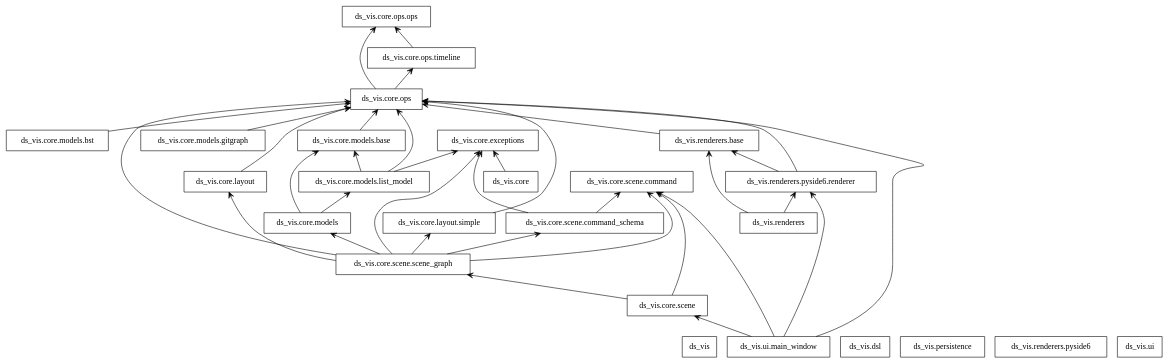
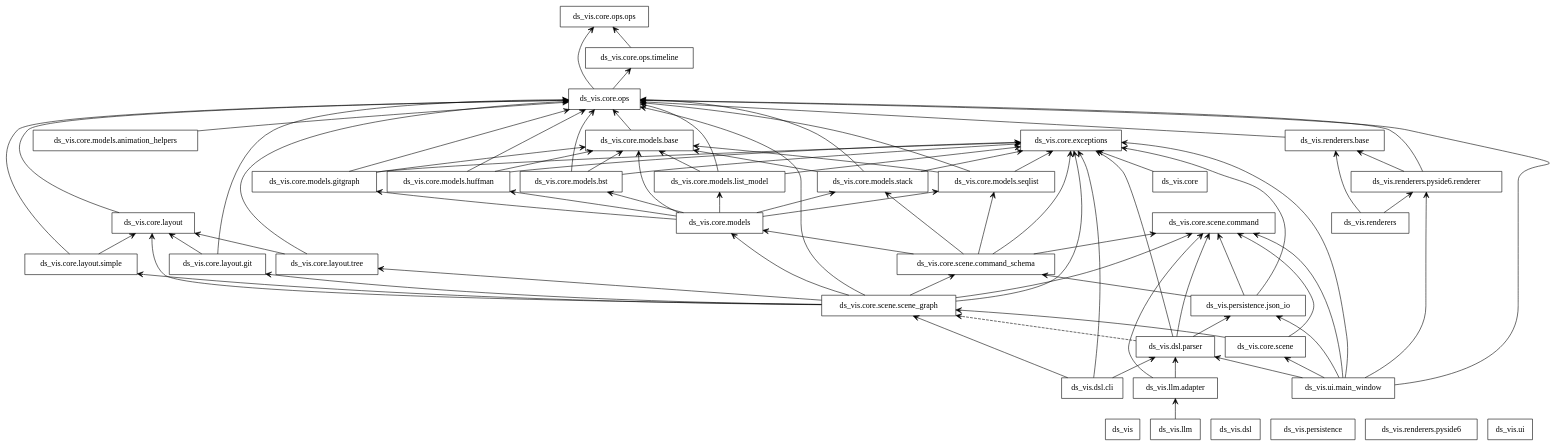
Before and after one commit to elecdot/ds-vis: the diagram in docs/diagrams/uml/packages_ds_vis.dot, drawn with Graphviz. The commit also changed 31 other files, not shown here.

```diff
--- a/docs/diagrams/uml/packages_ds_vis.dot
+++ b/docs/diagrams/uml/packages_ds_vis.dot
@@ -1,63 +1,119 @@
 digraph "packages_ds_vis" {
 rankdir=BT
 charset="utf-8"
 "ds_vis" [color="black", label=<ds_vis>, shape="box", style="solid"];
 "ds_vis.core" [color="black", label=<ds_vis.core>, shape="box", style="solid"];
 "ds_vis.core.exceptions" [color="black", label=<ds_vis.core.exceptions>, shape="box", style="solid"];
 "ds_vis.core.layout" [color="black", label=<ds_vis.core.layout>, shape="box", style="solid"];
+"ds_vis.core.layout.git" [color="black", label=<ds_vis.core.layout.git>, shape="box", style="solid"];
 "ds_vis.core.layout.simple" [color="black", label=<ds_vis.core.layout.simple>, shape="box", style="solid"];
+"ds_vis.core.layout.tree" [color="black", label=<ds_vis.core.layout.tree>, shape="box", style="solid"];
 "ds_vis.core.models" [color="black", label=<ds_vis.core.models>, shape="box", style="solid"];
+"ds_vis.core.models.animation_helpers" [color="black", label=<ds_vis.core.models.animation_helpers>, shape="box", style="solid"];
 "ds_vis.core.models.base" [color="black", label=<ds_vis.core.models.base>, shape="box", style="solid"];
 "ds_vis.core.models.bst" [color="black", label=<ds_vis.core.models.bst>, shape="box", style="solid"];
 "ds_vis.core.models.gitgraph" [color="black", label=<ds_vis.core.models.gitgraph>, shape="box", style="solid"];
+"ds_vis.core.models.huffman" [color="black", label=<ds_vis.core.models.huffman>, shape="box", style="solid"];
 "ds_vis.core.models.list_model" [color="black", label=<ds_vis.core.models.list_model>, shape="box", style="solid"];
+"ds_vis.core.models.seqlist" [color="black", label=<ds_vis.core.models.seqlist>, shape="box", style="solid"];
+"ds_vis.core.models.stack" [color="black", label=<ds_vis.core.models.stack>, shape="box", style="solid"];
 "ds_vis.core.ops" [color="black", label=<ds_vis.core.ops>, shape="box", style="solid"];
 "ds_vis.core.ops.ops" [color="black", label=<ds_vis.core.ops.ops>, shape="box", style="solid"];
 "ds_vis.core.ops.timeline" [color="black", label=<ds_vis.core.ops.timeline>, shape="box", style="solid"];
 "ds_vis.core.scene" [color="black", label=<ds_vis.core.scene>, shape="box", style="solid"];
 "ds_vis.core.scene.command" [color="black", label=<ds_vis.core.scene.command>, shape="box", style="solid"];
 "ds_vis.core.scene.command_schema" [color="black", label=<ds_vis.core.scene.command_schema>, shape="box", style="solid"];
 "ds_vis.core.scene.scene_graph" [color="black", label=<ds_vis.core.scene.scene_graph>, shape="box", style="solid"];
 "ds_vis.dsl" [color="black", label=<ds_vis.dsl>, shape="box", style="solid"];
+"ds_vis.dsl.cli" [color="black", label=<ds_vis.dsl.cli>, shape="box", style="solid"];
+"ds_vis.dsl.parser" [color="black", label=<ds_vis.dsl.parser>, shape="box", style="solid"];
+"ds_vis.llm" [color="black", label=<ds_vis.llm>, shape="box", style="solid"];
+"ds_vis.llm.adapter" [color="black", label=<ds_vis.llm.adapter>, shape="box", style="solid"];
 "ds_vis.persistence" [color="black", label=<ds_vis.persistence>, shape="box", style="solid"];
+"ds_vis.persistence.json_io" [color="black", label=<ds_vis.persistence.json_io>, shape="box", style="solid"];
 "ds_vis.renderers" [color="black", label=<ds_vis.renderers>, shape="box", style="solid"];
 "ds_vis.renderers.base" [color="black", label=<ds_vis.renderers.base>, shape="box", style="solid"];
 "ds_vis.renderers.pyside6" [color="black", label=<ds_vis.renderers.pyside6>, shape="box", style="solid"];
 "ds_vis.renderers.pyside6.renderer" [color="black", label=<ds_vis.renderers.pyside6.renderer>, shape="box", style="solid"];
 "ds_vis.ui" [color="black", label=<ds_vis.ui>, shape="box", style="solid"];
 "ds_vis.ui.main_window" [color="black", label=<ds_vis.ui.main_window>, shape="box", style="solid"];
 "ds_vis.core" -> "ds_vis.core.exceptions" [arrowhead="open", arrowtail="none"];
 "ds_vis.core.layout" -> "ds_vis.core.ops" [arrowhead="open", arrowtail="none"];
+"ds_vis.core.layout.git" -> "ds_vis.core.layout" [arrowhead="open", arrowtail="none"];
+"ds_vis.core.layout.git" -> "ds_vis.core.ops" [arrowhead="open", arrowtail="none"];
+"ds_vis.core.layout.simple" -> "ds_vis.core.layout" [arrowhead="open", arrowtail="none"];
 "ds_vis.core.layout.simple" -> "ds_vis.core.ops" [arrowhead="open", arrowtail="none"];
+"ds_vis.core.layout.tree" -> "ds_vis.core.layout" [arrowhead="open", arrowtail="none"];
+"ds_vis.core.layout.tree" -> "ds_vis.core.ops" [arrowhead="open", arrowtail="none"];
 "ds_vis.core.models" -> "ds_vis.core.models.base" [arrowhead="open", arrowtail="none"];
+"ds_vis.core.models" -> "ds_vis.core.models.bst" [arrowhead="open", arrowtail="none"];
+"ds_vis.core.models" -> "ds_vis.core.models.gitgraph" [arrowhead="open", arrowtail="none"];
+"ds_vis.core.models" -> "ds_vis.core.models.huffman" [arrowhead="open", arrowtail="none"];
 "ds_vis.core.models" -> "ds_vis.core.models.list_model" [arrowhead="open", arrowtail="none"];
+"ds_vis.core.models" -> "ds_vis.core.models.seqlist" [arrowhead="open", arrowtail="none"];
+"ds_vis.core.models" -> "ds_vis.core.models.stack" [arrowhead="open", arrowtail="none"];
+"ds_vis.core.models.animation_helpers" -> "ds_vis.core.ops" [arrowhead="open", arrowtail="none"];
 "ds_vis.core.models.base" -> "ds_vis.core.ops" [arrowhead="open", arrowtail="none"];
+"ds_vis.core.models.bst" -> "ds_vis.core.exceptions" [arrowhead="open", arrowtail="none"];
+"ds_vis.core.models.bst" -> "ds_vis.core.models.base" [arrowhead="open", arrowtail="none"];
 "ds_vis.core.models.bst" -> "ds_vis.core.ops" [arrowhead="open", arrowtail="none"];
+"ds_vis.core.models.gitgraph" -> "ds_vis.core.exceptions" [arrowhead="open", arrowtail="none"];
+"ds_vis.core.models.gitgraph" -> "ds_vis.core.models.base" [arrowhead="open", arrowtail="none"];
 "ds_vis.core.models.gitgraph" -> "ds_vis.core.ops" [arrowhead="open", arrowtail="none"];
+"ds_vis.core.models.huffman" -> "ds_vis.core.exceptions" [arrowhead="open", arrowtail="none"];
+"ds_vis.core.models.huffman" -> "ds_vis.core.models.base" [arrowhead="open", arrowtail="none"];
+"ds_vis.core.models.huffman" -> "ds_vis.core.ops" [arrowhead="open", arrowtail="none"];
 "ds_vis.core.models.list_model" -> "ds_vis.core.exceptions" [arrowhead="open", arrowtail="none"];
 "ds_vis.core.models.list_model" -> "ds_vis.core.models.base" [arrowhead="open", arrowtail="none"];
 "ds_vis.core.models.list_model" -> "ds_vis.core.ops" [arrowhead="open", arrowtail="none"];
+"ds_vis.core.models.seqlist" -> "ds_vis.core.exceptions" [arrowhead="open", arrowtail="none"];
+"ds_vis.core.models.seqlist" -> "ds_vis.core.models.base" [arrowhead="open", arrowtail="none"];
+"ds_vis.core.models.seqlist" -> "ds_vis.core.ops" [arrowhead="open", arrowtail="none"];
+"ds_vis.core.models.stack" -> "ds_vis.core.exceptions" [arrowhead="open", arrowtail="none"];
+"ds_vis.core.models.stack" -> "ds_vis.core.models.base" [arrowhead="open", arrowtail="none"];
+"ds_vis.core.models.stack" -> "ds_vis.core.ops" [arrowhead="open", arrowtail="none"];
 "ds_vis.core.ops" -> "ds_vis.core.ops.ops" [arrowhead="open", arrowtail="none"];
 "ds_vis.core.ops" -> "ds_vis.core.ops.timeline" [arrowhead="open", arrowtail="none"];
 "ds_vis.core.ops.timeline" -> "ds_vis.core.ops.ops" [arrowhead="open", arrowtail="none"];
 "ds_vis.core.scene" -> "ds_vis.core.scene.command" [arrowhead="open", arrowtail="none"];
 "ds_vis.core.scene" -> "ds_vis.core.scene.scene_graph" [arrowhead="open", arrowtail="none"];
 "ds_vis.core.scene.command_schema" -> "ds_vis.core.exceptions" [arrowhead="open", arrowtail="none"];
+"ds_vis.core.scene.command_schema" -> "ds_vis.core.models" [arrowhead="open", arrowtail="none"];
+"ds_vis.core.scene.command_schema" -> "ds_vis.core.models.seqlist" [arrowhead="open", arrowtail="none"];
+"ds_vis.core.scene.command_schema" -> "ds_vis.core.models.stack" [arrowhead="open", arrowtail="none"];
 "ds_vis.core.scene.command_schema" -> "ds_vis.core.scene.command" [arrowhead="open", arrowtail="none"];
 "ds_vis.core.scene.scene_graph" -> "ds_vis.core.exceptions" [arrowhead="open", arrowtail="none"];
 "ds_vis.core.scene.scene_graph" -> "ds_vis.core.layout" [arrowhead="open", arrowtail="none"];
+"ds_vis.core.scene.scene_graph" -> "ds_vis.core.layout.git" [arrowhead="open", arrowtail="none"];
 "ds_vis.core.scene.scene_graph" -> "ds_vis.core.layout.simple" [arrowhead="open", arrowtail="none"];
+"ds_vis.core.scene.scene_graph" -> "ds_vis.core.layout.tree" [arrowhead="open", arrowtail="none"];
 "ds_vis.core.scene.scene_graph" -> "ds_vis.core.models" [arrowhead="open", arrowtail="none"];
 "ds_vis.core.scene.scene_graph" -> "ds_vis.core.ops" [arrowhead="open", arrowtail="none"];
 "ds_vis.core.scene.scene_graph" -> "ds_vis.core.scene.command" [arrowhead="open", arrowtail="none"];
 "ds_vis.core.scene.scene_graph" -> "ds_vis.core.scene.command_schema" [arrowhead="open", arrowtail="none"];
+"ds_vis.dsl.cli" -> "ds_vis.core.exceptions" [arrowhead="open", arrowtail="none"];
+"ds_vis.dsl.cli" -> "ds_vis.core.scene.scene_graph" [arrowhead="open", arrowtail="none"];
+"ds_vis.dsl.cli" -> "ds_vis.dsl.parser" [arrowhead="open", arrowtail="none"];
+"ds_vis.dsl.parser" -> "ds_vis.core.exceptions" [arrowhead="open", arrowtail="none"];
+"ds_vis.dsl.parser" -> "ds_vis.core.scene.command" [arrowhead="open", arrowtail="none"];
+"ds_vis.dsl.parser" -> "ds_vis.persistence.json_io" [arrowhead="open", arrowtail="none"];
+"ds_vis.llm" -> "ds_vis.llm.adapter" [arrowhead="open", arrowtail="none"];
+"ds_vis.llm.adapter" -> "ds_vis.core.scene.command" [arrowhead="open", arrowtail="none"];
+"ds_vis.llm.adapter" -> "ds_vis.dsl.parser" [arrowhead="open", arrowtail="none"];
+"ds_vis.persistence.json_io" -> "ds_vis.core.exceptions" [arrowhead="open", arrowtail="none"];
+"ds_vis.persistence.json_io" -> "ds_vis.core.scene.command" [arrowhead="open", arrowtail="none"];
+"ds_vis.persistence.json_io" -> "ds_vis.core.scene.command_schema" [arrowhead="open", arrowtail="none"];
 "ds_vis.renderers" -> "ds_vis.renderers.base" [arrowhead="open", arrowtail="none"];
 "ds_vis.renderers" -> "ds_vis.renderers.pyside6.renderer" [arrowhead="open", arrowtail="none"];
 "ds_vis.renderers.base" -> "ds_vis.core.ops" [arrowhead="open", arrowtail="none"];
 "ds_vis.renderers.pyside6.renderer" -> "ds_vis.core.ops" [arrowhead="open", arrowtail="none"];
 "ds_vis.renderers.pyside6.renderer" -> "ds_vis.renderers.base" [arrowhead="open", arrowtail="none"];
+"ds_vis.ui.main_window" -> "ds_vis.core.exceptions" [arrowhead="open", arrowtail="none"];
 "ds_vis.ui.main_window" -> "ds_vis.core.ops" [arrowhead="open", arrowtail="none"];
 "ds_vis.ui.main_window" -> "ds_vis.core.scene" [arrowhead="open", arrowtail="none"];
 "ds_vis.ui.main_window" -> "ds_vis.core.scene.command" [arrowhead="open", arrowtail="none"];
+"ds_vis.ui.main_window" -> "ds_vis.dsl.parser" [arrowhead="open", arrowtail="none"];
+"ds_vis.ui.main_window" -> "ds_vis.persistence.json_io" [arrowhead="open", arrowtail="none"];
 "ds_vis.ui.main_window" -> "ds_vis.renderers.pyside6.renderer" [arrowhead="open", arrowtail="none"];
+"ds_vis.dsl.parser" -> "ds_vis.core.scene.scene_graph" [arrowhead="open", arrowtail="none", style="dashed"];
 }
```
